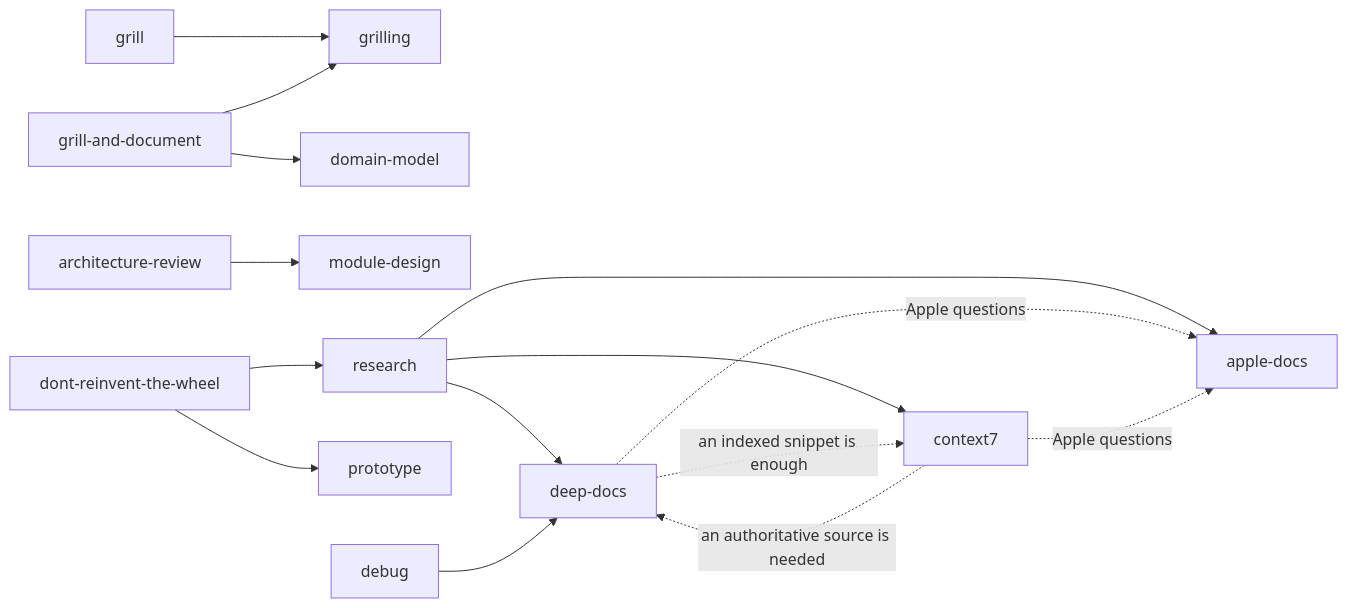
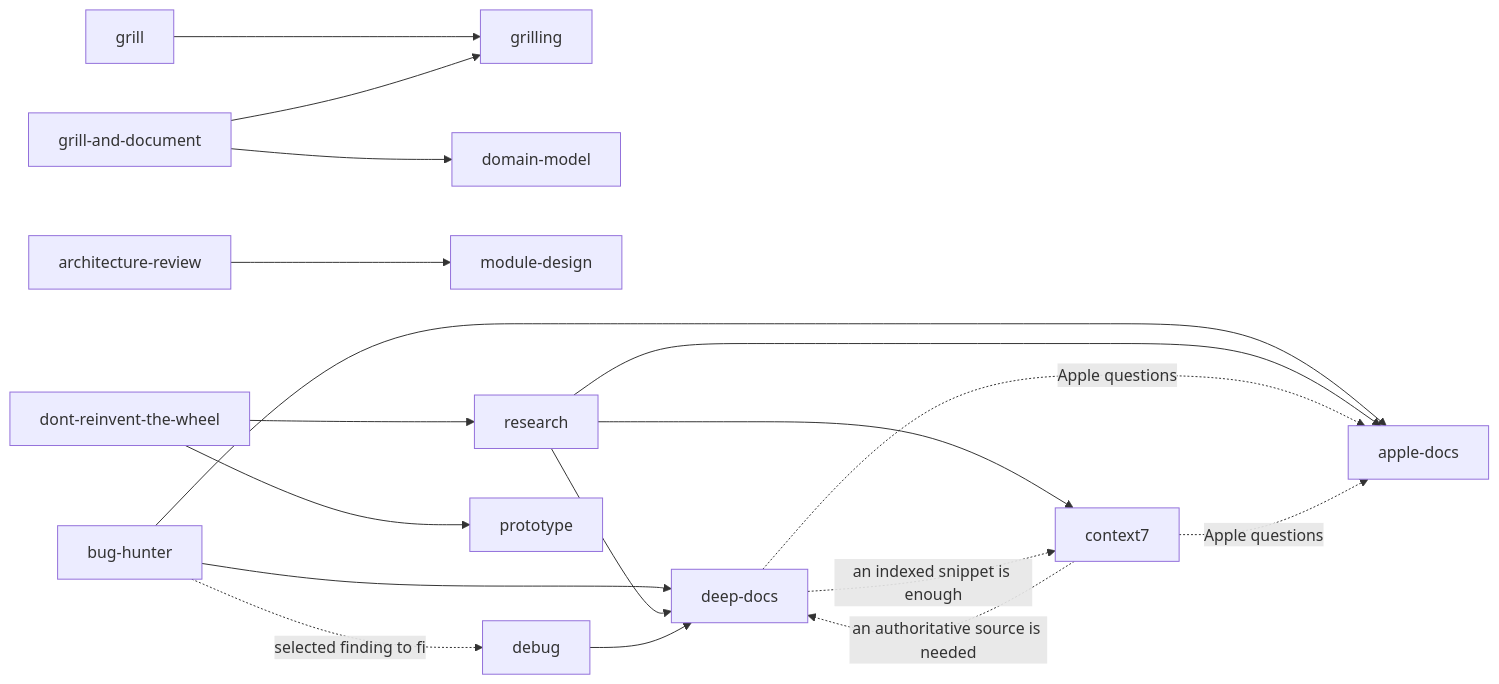
The diagram in README.md (martonpaulo/skills), drawn with Mermaid before and after one commit. The commit also changed other lines of this file and 15 other files, not shown here.

````diff
--- a/README.md
+++ b/README.md
@@ -137,17 +139,20 @@
 ```mermaid
 flowchart LR
   grill --> grilling
   grill-and-document --> grilling
   grill-and-document --> domain-model
   architecture-review --> module-design
+  bug-hunter --> apple-docs
+  bug-hunter --> deep-docs
+  bug-hunter -.selected finding to fix.-> debug
   dont-reinvent-the-wheel --> research
   dont-reinvent-the-wheel --> prototype
   research --> apple-docs
   research --> deep-docs
   research --> context7
   debug --> deep-docs
   deep-docs -.Apple questions.-> apple-docs
   deep-docs -.an indexed snippet is enough.-> context7
   context7 -.Apple questions.-> apple-docs
   context7 -.an authoritative source is needed.-> deep-docs
 ```
````
